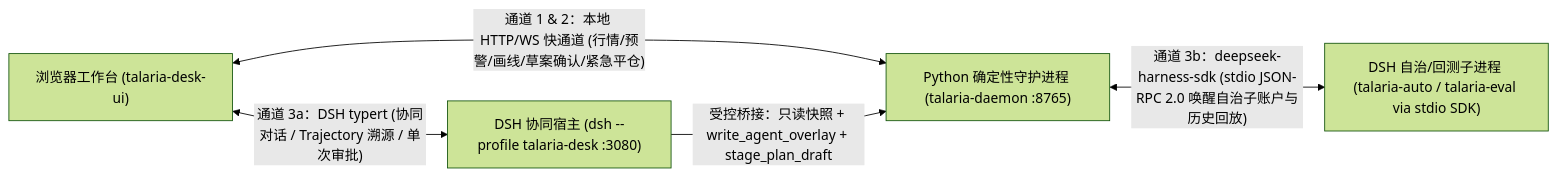
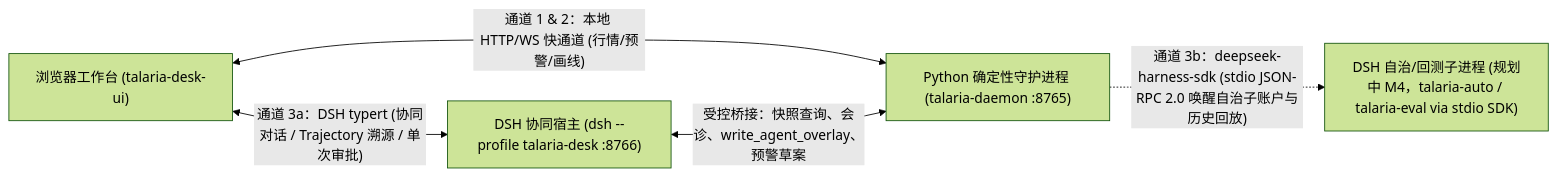
The second of 2 diagrams in docs/architecture.md (Dikui/Talaria), drawn with Mermaid (forest theme) before and after one commit. The commit also changed other lines of this file and 1 other file, not shown here.

````diff
--- a/docs/architecture.md
+++ b/docs/architecture.md
@@ -379,12 +416,12 @@
 ```mermaid
 flowchart LR
   Browser["浏览器工作台 (talaria-desk-ui)"]
   Daemon["Python 确定性守护进程 (talaria-daemon :8765)"]
-  DSHWeb["DSH 协同宿主 (dsh --profile talaria-desk :3080)"]
-  DSHAuto["DSH 自治/回测子进程 (talaria-auto / talaria-eval via stdio SDK)"]
+  DSHWeb["DSH 协同宿主 (dsh --profile talaria-desk :8766)"]
+  DSHAuto["DSH 自治/回测子进程 (规划中 M4，talaria-auto / talaria-eval via stdio SDK)"]
 
-  Browser <-->|"通道 1 & 2：本地 HTTP/WS 快通道 (行情/预警/画线/草案确认/紧急平仓)"| Daemon
+  Browser <-->|"通道 1 & 2：本地 HTTP/WS 快通道 (行情/预警/画线)"| Daemon
   Browser <-->|"通道 3a：DSH typert (协同对话 / Trajectory 溯源 / 单次审批)"| DSHWeb
-  DSHWeb -->|"受控桥接：只读快照 + write_agent_overlay + stage_plan_draft"| Daemon
-  Daemon <-->|"通道 3b：deepseek-harness-sdk (stdio JSON-RPC 2.0 唤醒自治子账户与历史回放)"| DSHAuto
+  DSHWeb <-->|"受控桥接：快照查询、会诊、write_agent_overlay、预警草案"| Daemon
+  Daemon -. "通道 3b：deepseek-harness-sdk (stdio JSON-RPC 2.0 唤醒自治子账户与历史回放)" .-> DSHAuto
 ```
````
